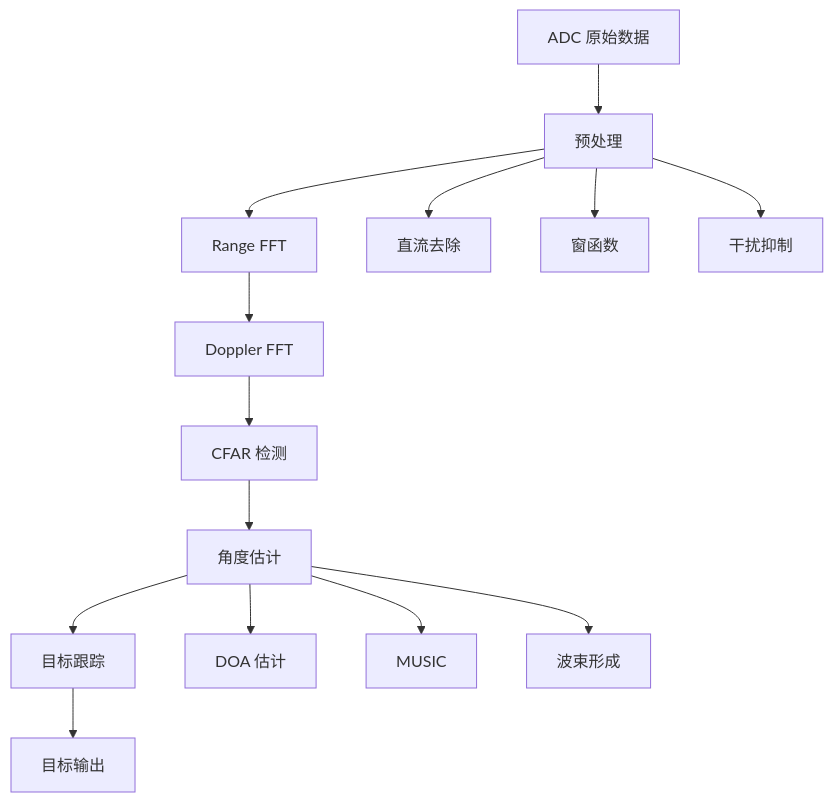
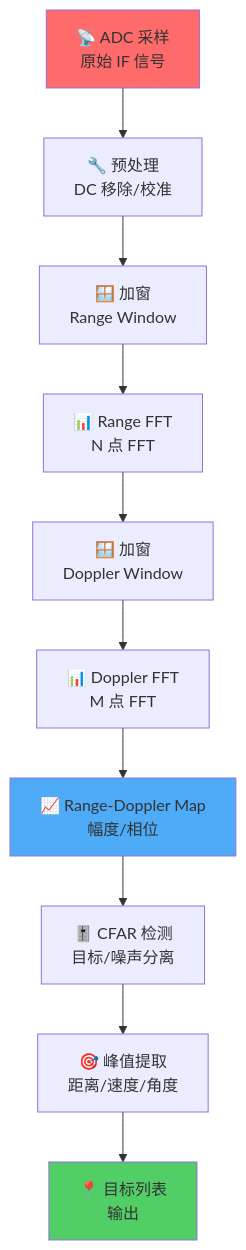
One commit to matreshka15/mmWave_Insight changed the third of 3 diagrams in docs/mmwave/signal-processing.md. Above: the diagram before and after it, drawn with Mermaid. The commit also changed other lines of this file and 1 other file, not shown here.

````diff
--- a/docs/mmwave/signal-processing.md
+++ b/docs/mmwave/signal-processing.md
@@ -515,18 +523,16 @@
 ```mermaid
 graph TD
-    A[ADC 原始数据] --> B[预处理]
-    B --> C[Range FFT]
-    C --> D[Doppler FFT]
-    D --> E[CFAR 检测]
-    E --> F[角度估计]
-    F --> G[目标跟踪]
-    G --> H[目标输出]
-    
-    B --> B1[直流去除]
-    B --> B2[窗函数]
-    B --> B3[干扰抑制]
-    
-    F --> F1[DOA 估计]
-    F --> F2[MUSIC]
-    F --> F3[波束形成]
+    A[📡 ADC 采样<br/>原始 IF 信号] --> B[🔧 预处理<br/>DC 移除/校准]
+    B --> C[🪟 加窗<br/>Range Window]
+    C --> D[📊 Range FFT<br/>N 点 FFT]
+    D --> E[🪟 加窗<br/>Doppler Window]
+    E --> F[📊 Doppler FFT<br/>M 点 FFT]
+    F --> G[📈 Range-Doppler Map<br/>幅度/相位]
+    G --> H[🎚️ CFAR 检测<br/>目标/噪声分离]
+    H --> I[🎯 峰值提取<br/>距离/速度/角度]
+    I --> J[📍 目标列表<br/>输出]
+
+    style A fill:#ff6b6b
+    style G fill:#4dabf7
+    style J fill:#51cf66
 ```
````
